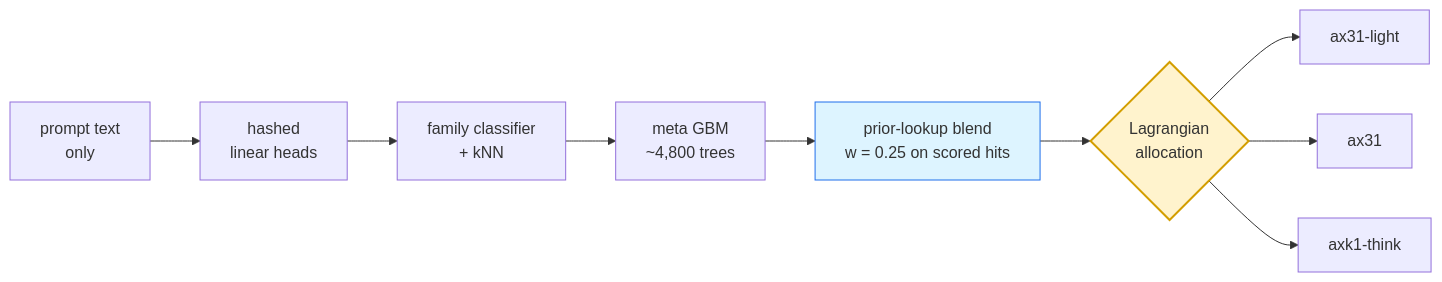
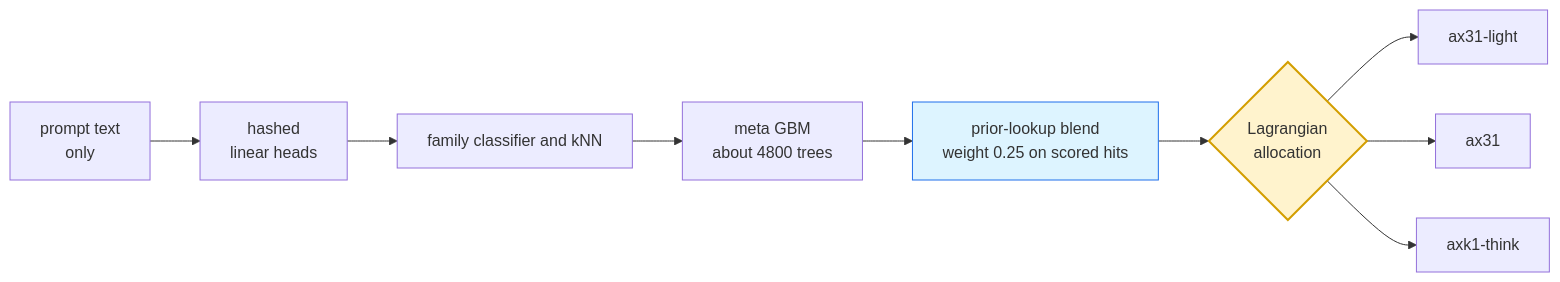
One commit to koreamax/SKTLLMROUTER0.710 changed the diagram in README.md. Above: the diagram before and after it, drawn with Mermaid.

Commit message:
docs: plain-text the Mermaid node labels so the diagram renders
GitHub left the diagram stuck at is-render-requested and never drew it. The
labels carried a tilde, an equals sign, a plus and a thousands comma; dropping
them to plain words is the cheap fix and the diagram says the same thing.

````diff
--- a/README.md
+++ b/README.md
@@ -108,15 +108,15 @@
 ```mermaid
 flowchart LR
     P["prompt text<br/>only"] --> H["hashed<br/>linear heads"]
-    H --> F["family classifier<br/>+ kNN"]
-    F --> G["meta GBM<br/>~4,800 trees"]
-    G --> B["prior-lookup blend<br/>w = 0.25 on scored hits"]
+    H --> F["family classifier and kNN"]
+    F --> G["meta GBM<br/>about 4800 trees"]
+    G --> B["prior-lookup blend<br/>weight 0.25 on scored hits"]
     B --> A{"Lagrangian<br/>allocation"}
 
     A --> L["ax31-light"]
     A --> M["ax31"]
     A --> K["axk1-think"]
 
     style A fill:#fff3cd,stroke:#d39e00,stroke-width:2px
     style B fill:#ddf4ff,stroke:#1f6feb
 ```
````
